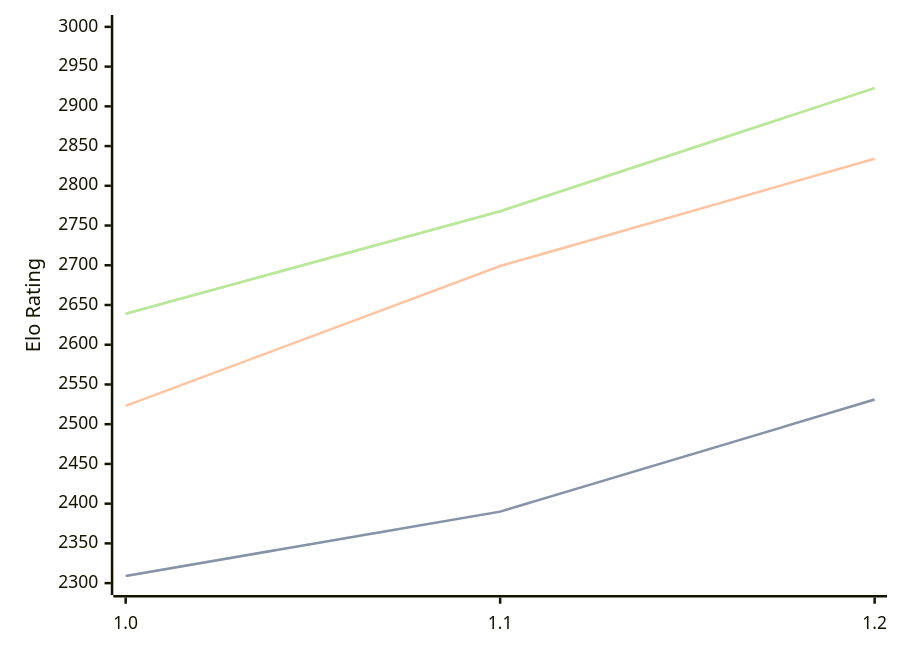
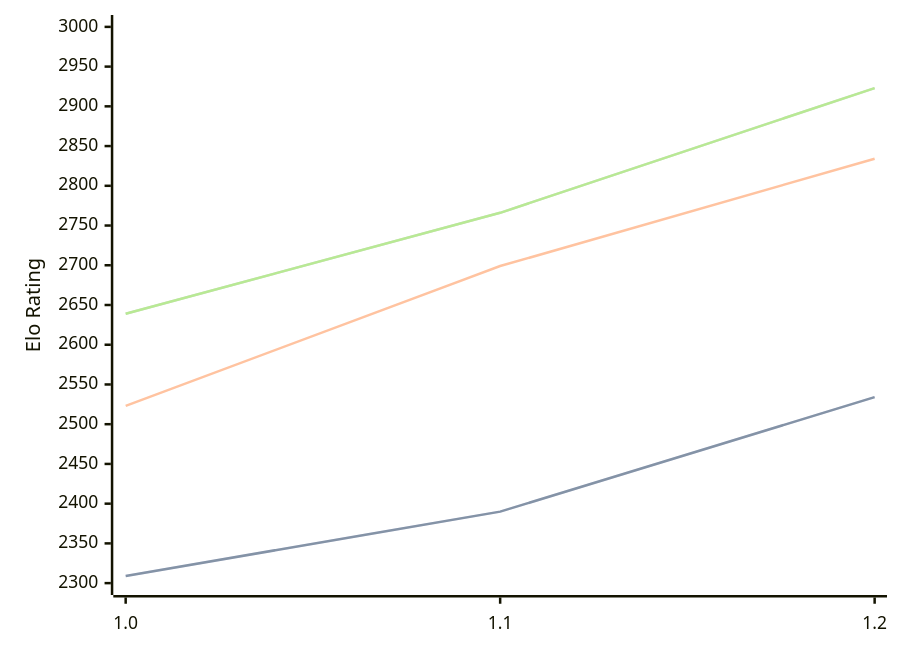
The first of 3 diagrams in engines/FoxChess.md (computer-chess-index/cci), drawn with Mermaid before and after one commit. The commit also changed other lines of this file, not shown here.

Commit message:
Update CCI Ratings (ELO VLTC) - 2026-06-30

````diff
--- a/engines/FoxChess.md
+++ b/engines/FoxChess.md
@@ -33,11 +33,11 @@
 ```mermaid
 %%{init: {"theme":"base","themeVariables":{"seriesColors:['#a3a3a3','#222221','#faa371']}}}%%
 xychart-beta
   x-axis ["1.0", "1.1", "1.2"]
   y-axis "Elo Rating" 2300 --> 3000
-  line "STC (8.0+0.08s)" [2309, 2390, 2531]
-  line "STC (8.0+0.08s)" [2309, 2390, 2531]
+  line "STC (8.0+0.08s)" [2309, 2390, 2534]
+  line "STC (8.0+0.08s)" [2309, 2390, 2534]
   line "LTC (60.0+0.60s)" [2523, 2699, 2834]
-  line "VLTC (2m24s+1.12s)" [2639, 2768, 2923]
-  line "VLTC (2m24s+1.12s)" [2639, 2768, 2923]
+  line "VLTC (2m24s+1.12s)" [2639, 2766, 2923]
+  line "VLTC (2m24s+1.12s)" [2639, 2766, 2923]
 ```
````
